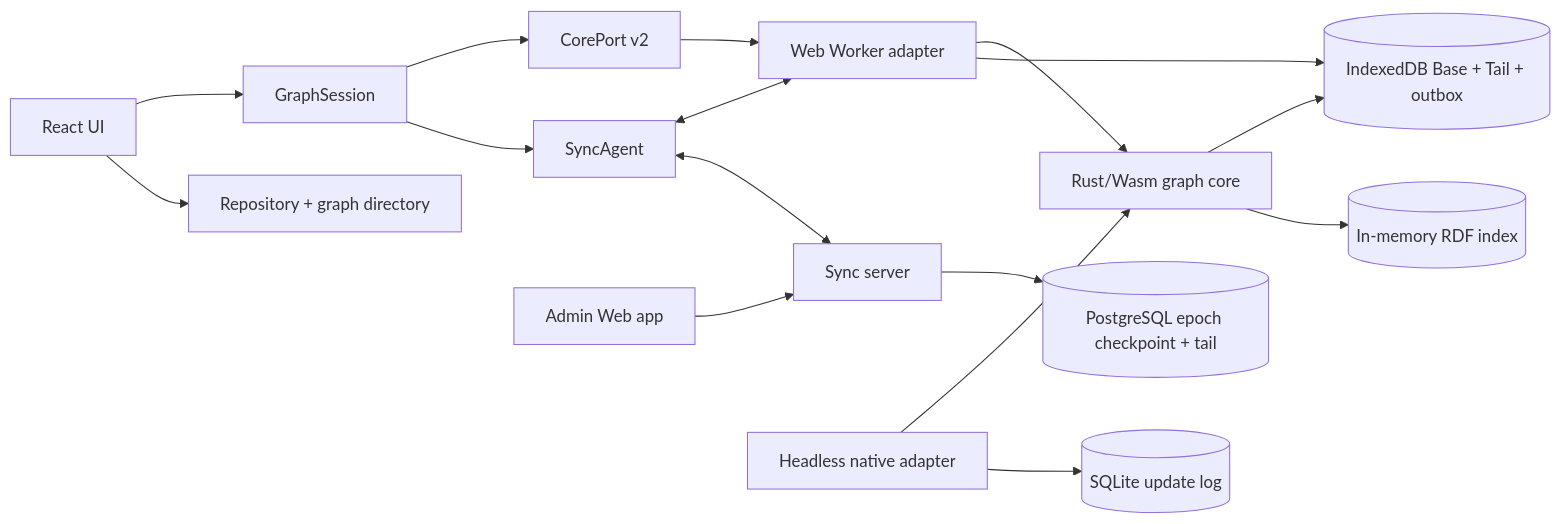
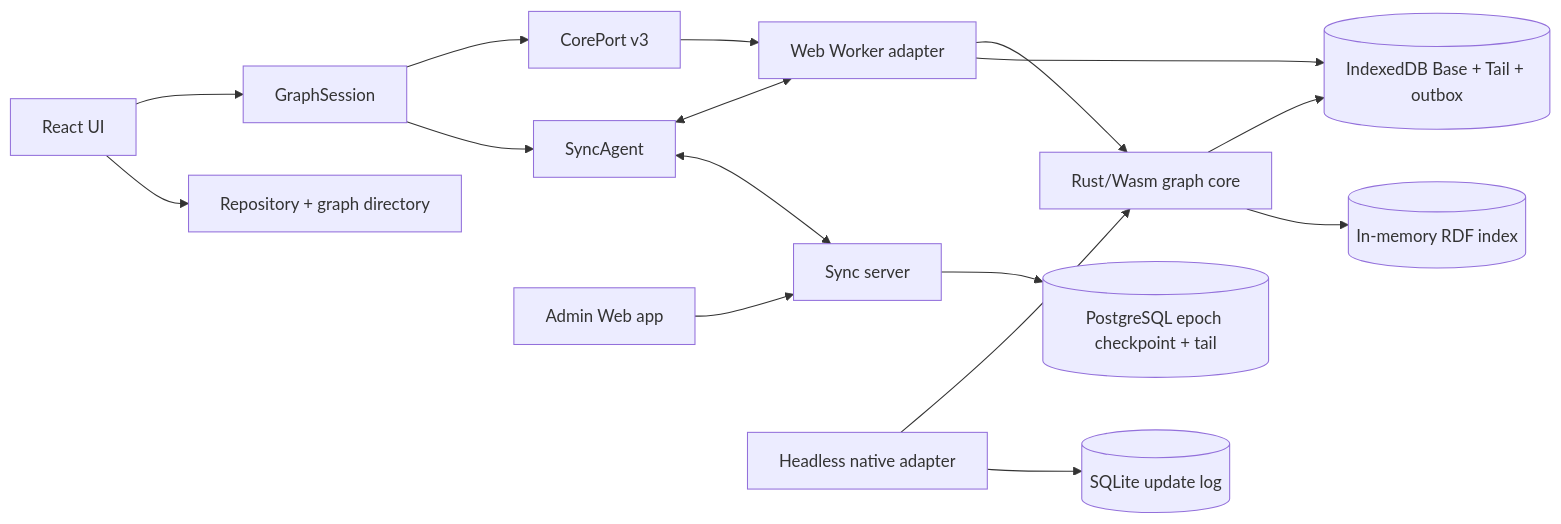
One commit to waneon/neoseq changed the diagram in ARCHITECTURE.md. Above: the diagram before and after it, drawn with Mermaid. The commit also changed other lines of this file and 49 other files, not shown here.

````diff
--- a/ARCHITECTURE.md
+++ b/ARCHITECTURE.md
@@ -43,21 +43,21 @@
 ```mermaid
 flowchart LR
     UI[React UI] --> Session[GraphSession]
     UI --> Directory[Repository + graph directory]
-    Session --> Port[CorePort v2]
+    Session --> Port[CorePort v3]
     Session --> Agent[SyncAgent]
     Port --> Worker[Web Worker adapter]
     Worker --> Core[Rust/Wasm graph core]
     Worker --> Store[(IndexedDB Base + Tail + outbox)]
     Core --> Store
     Core --> Index[(In-memory RDF index)]
 
     Agent <--> Worker
     Agent <--> Sync[Sync server]
     Sync --> Postgres[(PostgreSQL epoch checkpoint + tail)]
 
     Admin[Admin Web app] --> Sync
 
     Native[Headless native adapter] --> Core
     Native --> SQLite[(SQLite update log)]
 ```
````
